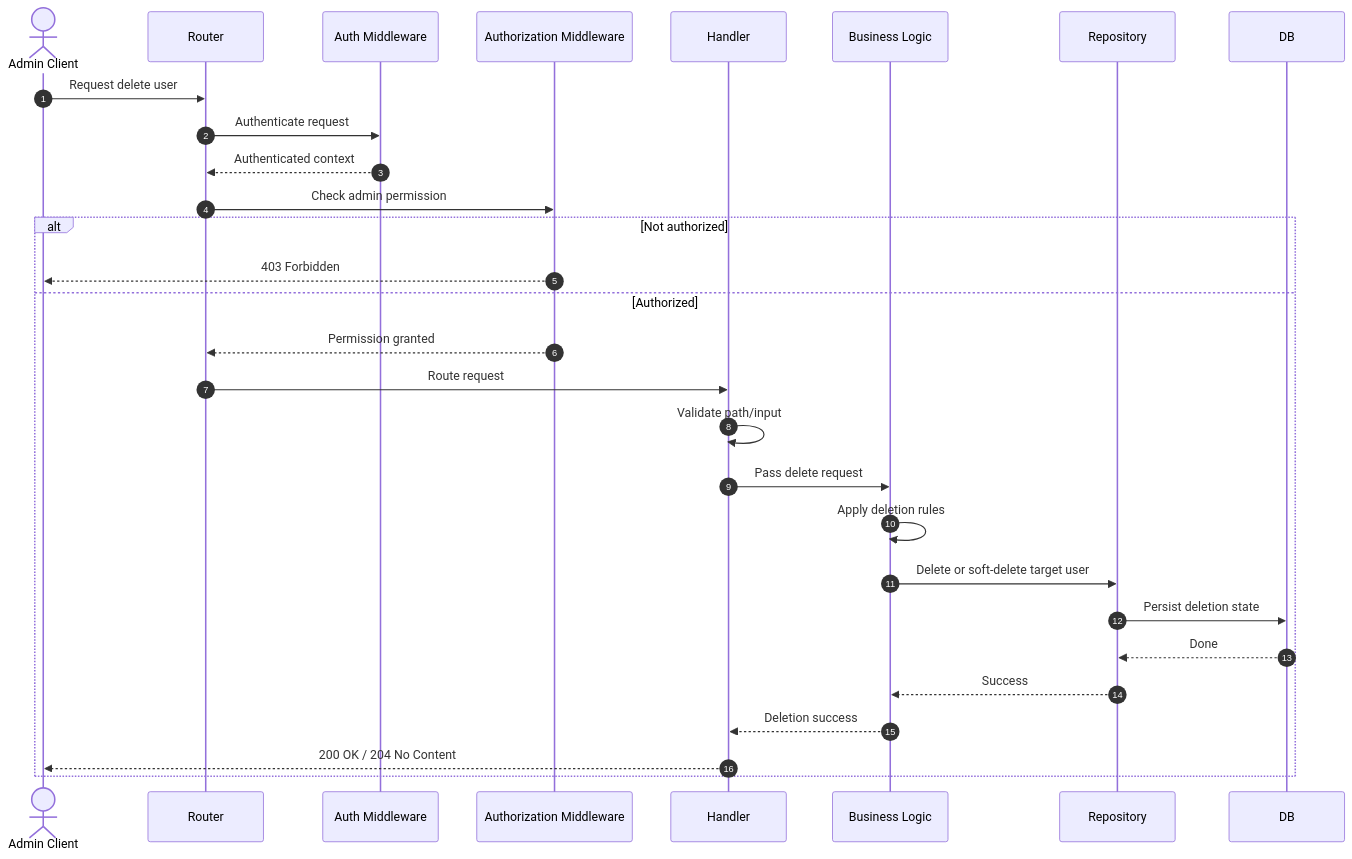
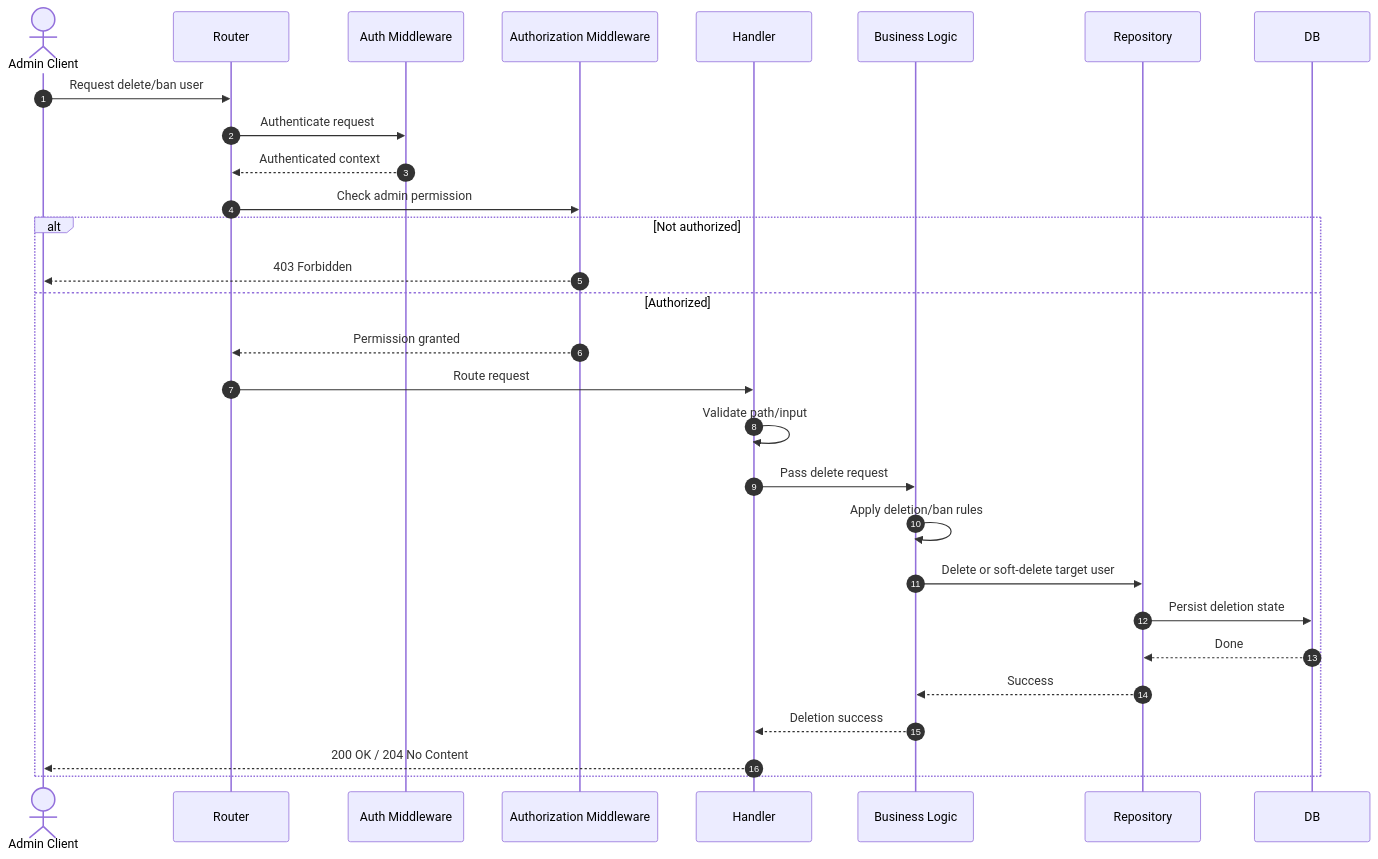
One commit to Syrix42/link-shortener changed the second of 3 diagrams in docks/diagrams/api/moderation-supporting/flows.md. Above: the diagram before and after it, drawn with Mermaid. The commit also changed other lines of this file, not shown here.

````diff
--- a/docks/diagrams/api/moderation-supporting/flows.md
+++ b/docks/diagrams/api/moderation-supporting/flows.md
@@ -40,35 +43,35 @@
 ```mermaid
 sequenceDiagram
     autonumber
     actor Admin as Admin Client
     participant Router
     participant AuthMiddleware as Auth Middleware
     participant AuthorizationMiddleware as Authorization Middleware
     participant Handler
     participant BusinessLogic as Business Logic
     participant Repository
     participant DB
 
-    Admin->>Router: Request delete user
+    Admin->>Router: Request delete/ban user
     Router->>AuthMiddleware: Authenticate request
     AuthMiddleware-->>Router: Authenticated context
     Router->>AuthorizationMiddleware: Check admin permission
 
     alt Not authorized
         AuthorizationMiddleware-->>Admin: 403 Forbidden
     else Authorized
         AuthorizationMiddleware-->>Router: Permission granted
         Router->>Handler: Route request
         Handler->>Handler: Validate path/input
         Handler->>BusinessLogic: Pass delete request
 
-        BusinessLogic->>BusinessLogic: Apply deletion rules
+        BusinessLogic->>BusinessLogic: Apply deletion/ban rules
         BusinessLogic->>Repository: Delete or soft-delete target user
         Repository->>DB: Persist deletion state
         DB-->>Repository: Done
         Repository-->>BusinessLogic: Success
 
         BusinessLogic-->>Handler: Deletion success
         Handler-->>Admin: 200 OK / 204 No Content
     end
-``` 
+```
````
